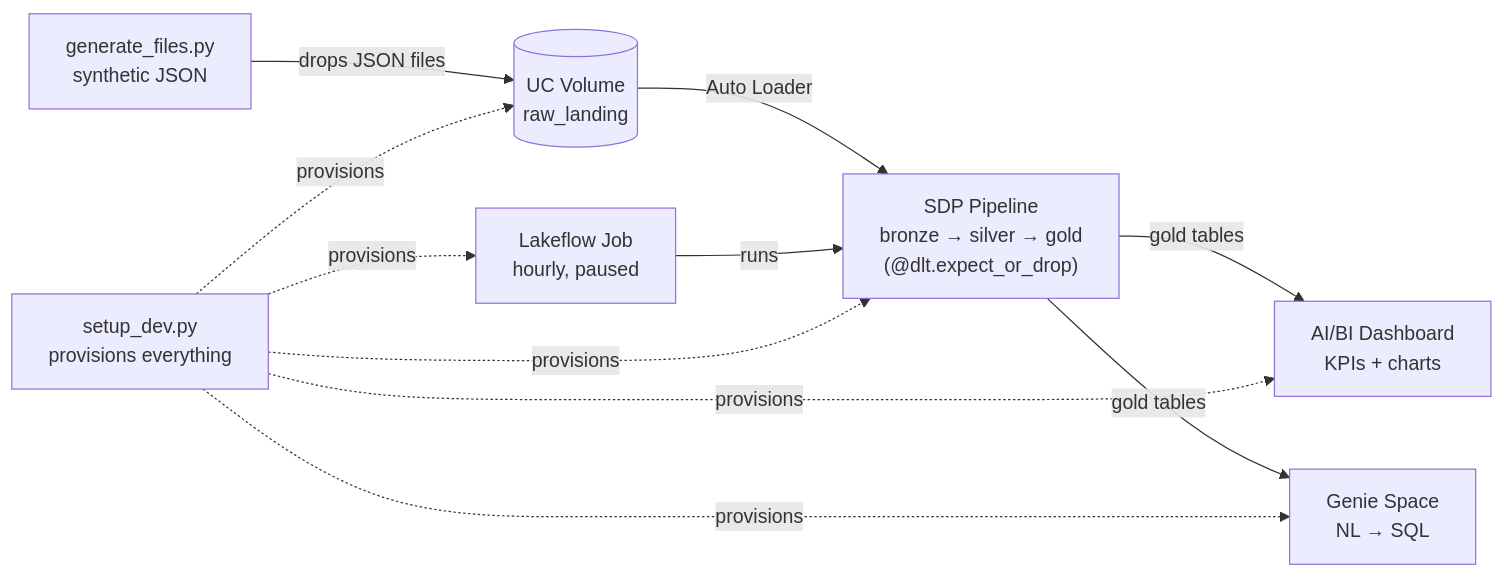
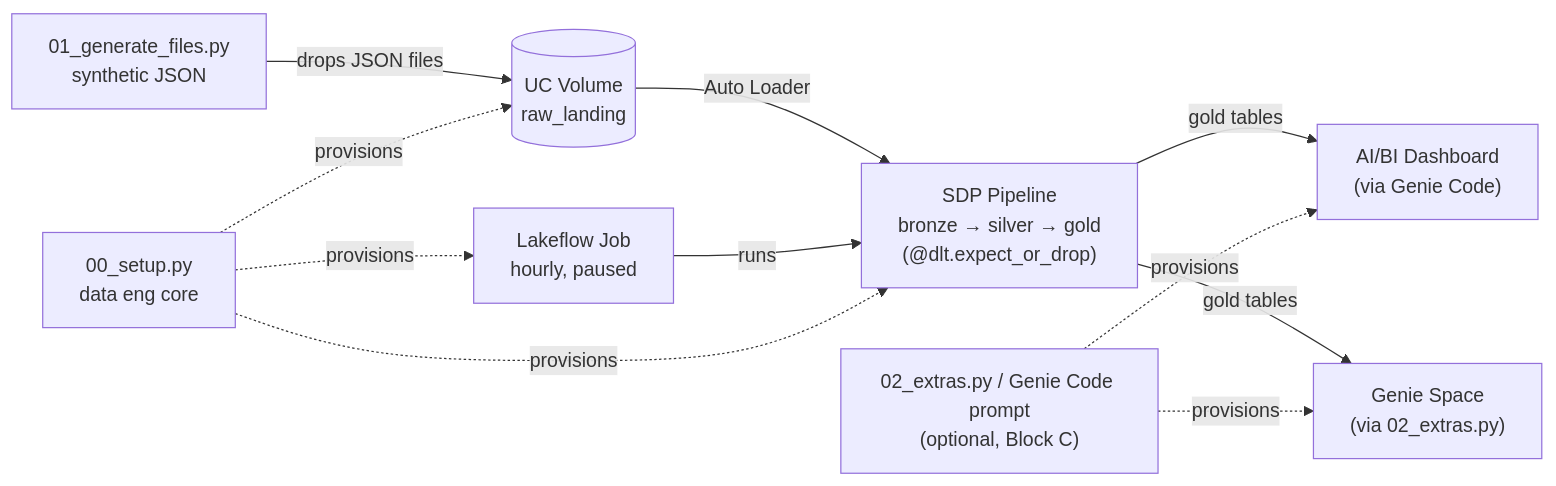
One commit to fabienv-vibes/edetl-workshop changed the diagram in README.md. Above: the diagram before and after it, drawn with Mermaid. The commit also changed other lines of this file and 4 other files, not shown here.

First line of the commit message:
Make dashboard + Genie space optional Block C extras

````diff
--- a/README.md
+++ b/README.md
@@ -46,21 +48,22 @@
 ```mermaid
 flowchart LR
-    GEN["generate_files.py<br>synthetic JSON"]
-    SETUP["setup_dev.py<br>provisions everything"]
+    GEN["01_generate_files.py<br>synthetic JSON"]
+    SETUP["00_setup.py<br>data eng core"]
+    EXTRAS["02_extras.py / Genie Code prompt<br>(optional, Block C)"]
     VOL[("UC Volume<br>raw_landing")]
     SDP["SDP Pipeline<br>bronze → silver → gold<br>(@dlt.expect_or_drop)"]
     JOB["Lakeflow Job<br>hourly, paused"]
-    DASH["AI/BI Dashboard<br>KPIs + charts"]
-    GENIE["Genie Space<br>NL → SQL"]
+    DASH["AI/BI Dashboard<br>(via Genie Code)"]
+    GENIE["Genie Space<br>(via 02_extras.py)"]
 
     GEN -->|drops JSON files| VOL
     VOL -->|Auto Loader| SDP
     JOB -->|runs| SDP
     SDP -->|gold tables| DASH
     SDP -->|gold tables| GENIE
     SETUP -.->|provisions| VOL
     SETUP -.->|provisions| SDP
     SETUP -.->|provisions| JOB
-    SETUP -.->|provisions| DASH
-    SETUP -.->|provisions| GENIE
+    EXTRAS -.->|provisions| DASH
+    EXTRAS -.->|provisions| GENIE
 ```
````
